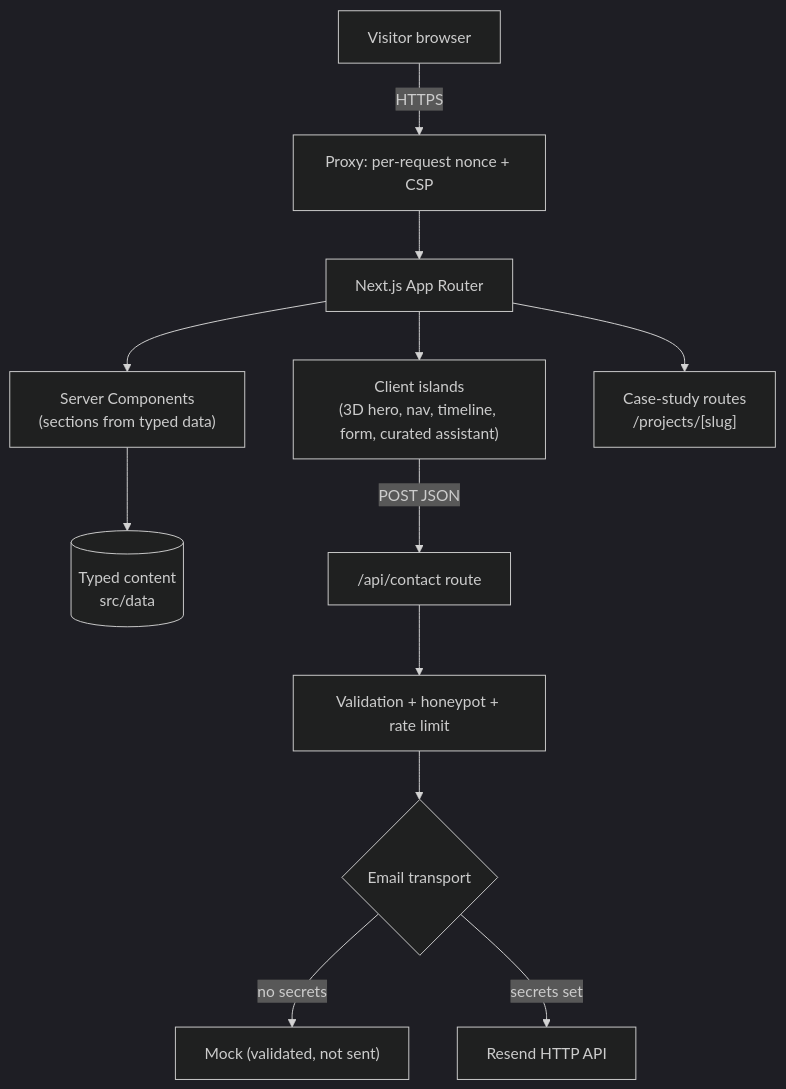
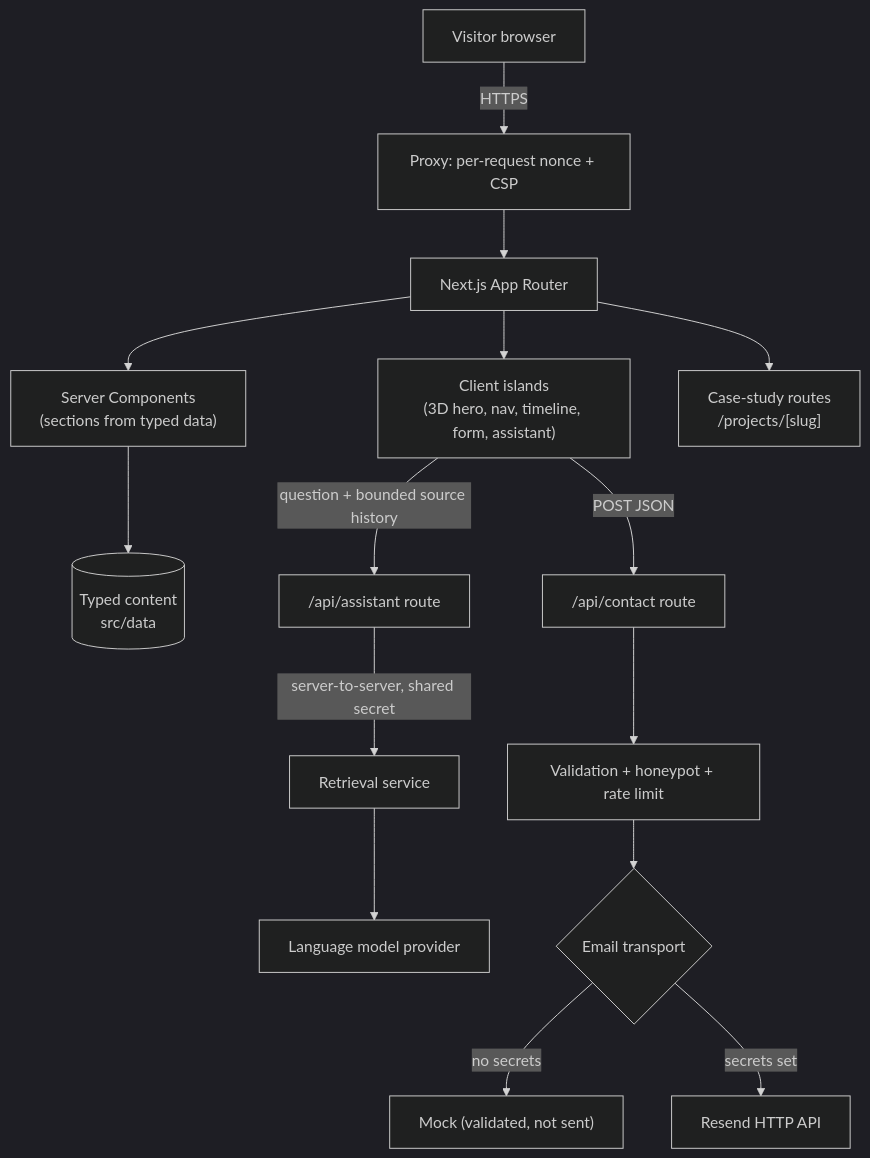
One commit to omarjosephf/ojflorendo-portfolio changed the diagram in README.md. Above: the diagram before and after it, drawn with Mermaid (dark theme). The commit also changed other lines of this file and 16 other files, not shown here.

````diff
--- a/README.md
+++ b/README.md
@@ -90,14 +97,17 @@
 ```mermaid
 flowchart TD
   V["Visitor browser"] -->|HTTPS| P["Proxy: per-request nonce + CSP"]
   P --> A["Next.js App Router"]
   A --> RSC["Server Components<br/>(sections from typed data)"]
-  A --> CC["Client islands<br/>(3D hero, nav, timeline, form, curated assistant)"]
+  A --> CC["Client islands<br/>(3D hero, nav, timeline, form, assistant)"]
   RSC --> D[("Typed content<br/>src/data")]
   A --> CS["Case-study routes<br/>/projects/[slug]"]
   CC -->|"POST JSON"| API["/api/contact route"]
+  CC -->|"question + bounded source history"| AA["/api/assistant route"]
+  AA -->|"server-to-server, shared secret"| RS["Retrieval service"]
+  RS --> MP["Language model provider"]
   API --> VAL["Validation + honeypot + rate limit"]
   VAL --> T{"Email transport"}
   T -->|"no secrets"| MOCK["Mock (validated, not sent)"]
   T -->|"secrets set"| RESEND["Resend HTTP API"]
 ```
````
